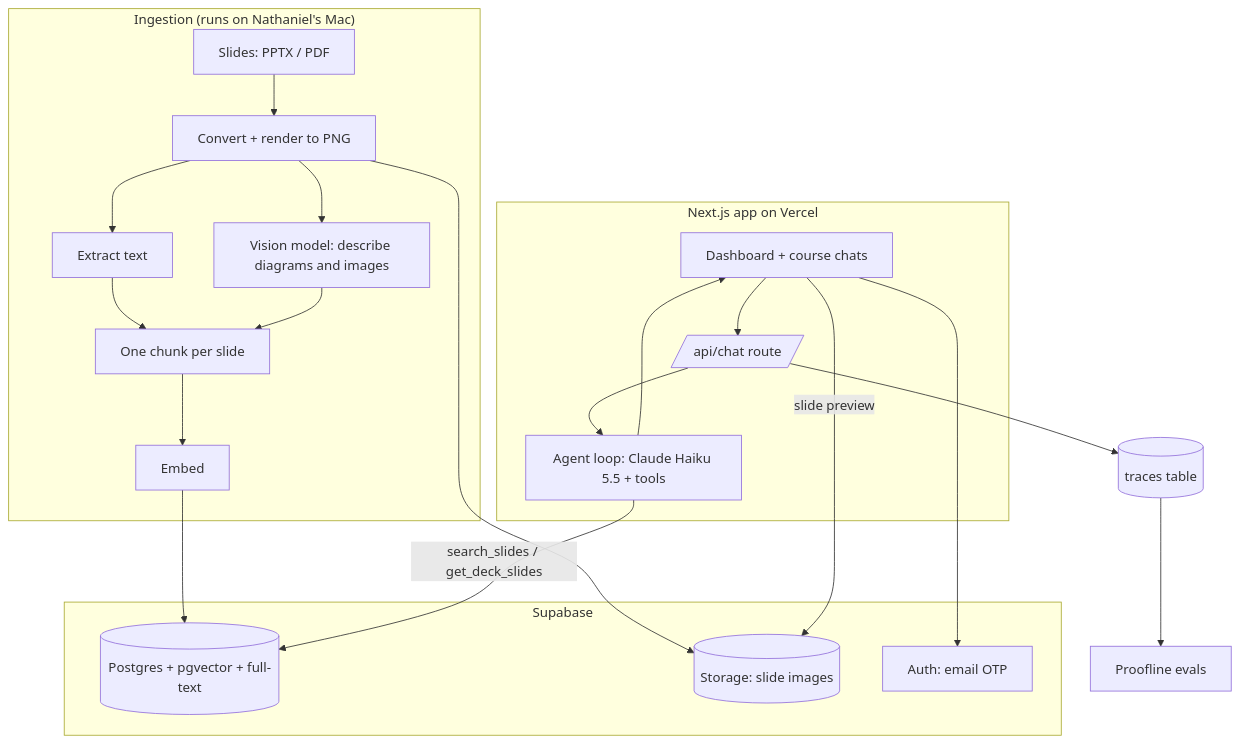
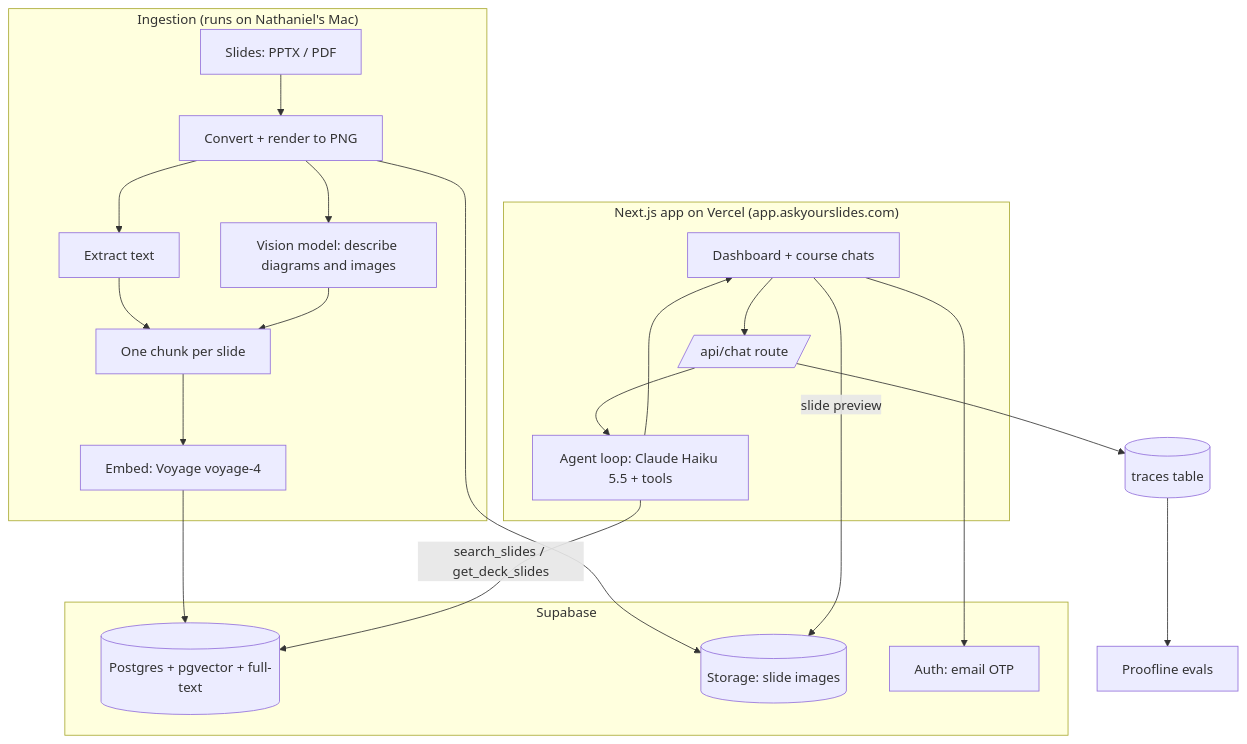
Before and after one commit to Timmynathan/ask-your-slides: the second of 6 diagrams in PRD.md, drawn with Mermaid. The commit also changed other lines of this file and 7 other files, not shown here.

````diff
--- a/PRD.md
+++ b/PRD.md
@@ -194,35 +197,35 @@
 ```mermaid
 flowchart TB
     subgraph Offline["Ingestion (runs on Nathaniel's Mac)"]
         S[Slides: PPTX / PDF] --> P[Convert + render to PNG]
         P --> T[Extract text]
         P --> V[Vision model: describe diagrams and images]
         T --> CH[One chunk per slide]
         V --> CH
-        CH --> EM[Embed]
+        CH --> EM[Embed: Voyage voyage-4]
     end
 
     subgraph Supabase
         DB[(Postgres + pgvector + full-text)]
         ST[(Storage: slide images)]
         AU[Auth: email OTP]
     end
 
     EM --> DB
     P --> ST
 
-    subgraph Web["Next.js app on Vercel"]
+    subgraph Web["Next.js app on Vercel (app.askyourslides.com)"]
         UI[Dashboard + course chats]
         API[/api/chat route/]
         AG[Agent loop: Claude Haiku 5.5 + tools]
     end
 
     UI --> AU
     UI --> API
     API --> AG
     AG -- search_slides / get_deck_slides --> DB
     AG --> UI
     API --> TR[(traces table)]
     TR --> PL[Proofline evals]
     UI -- slide preview --> ST
 ```
````
